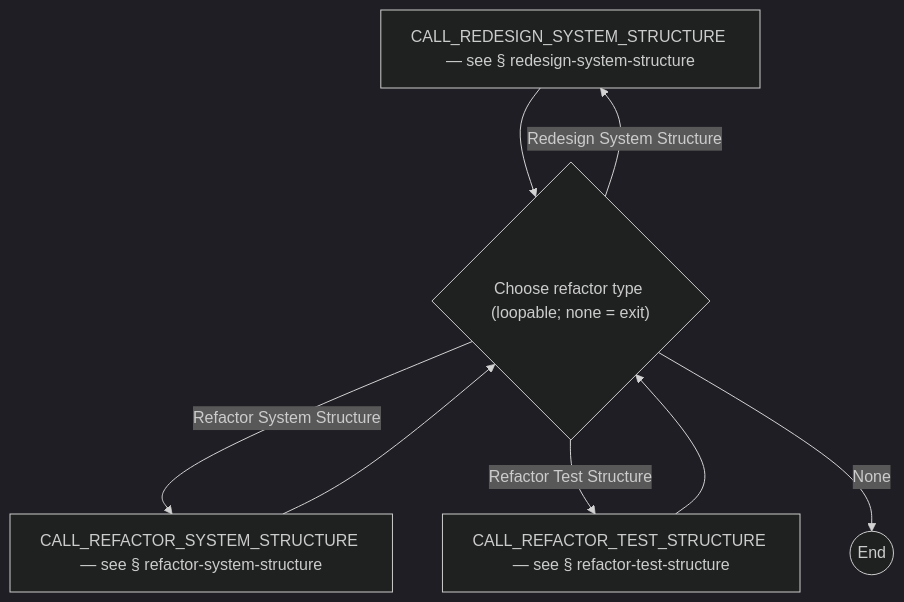
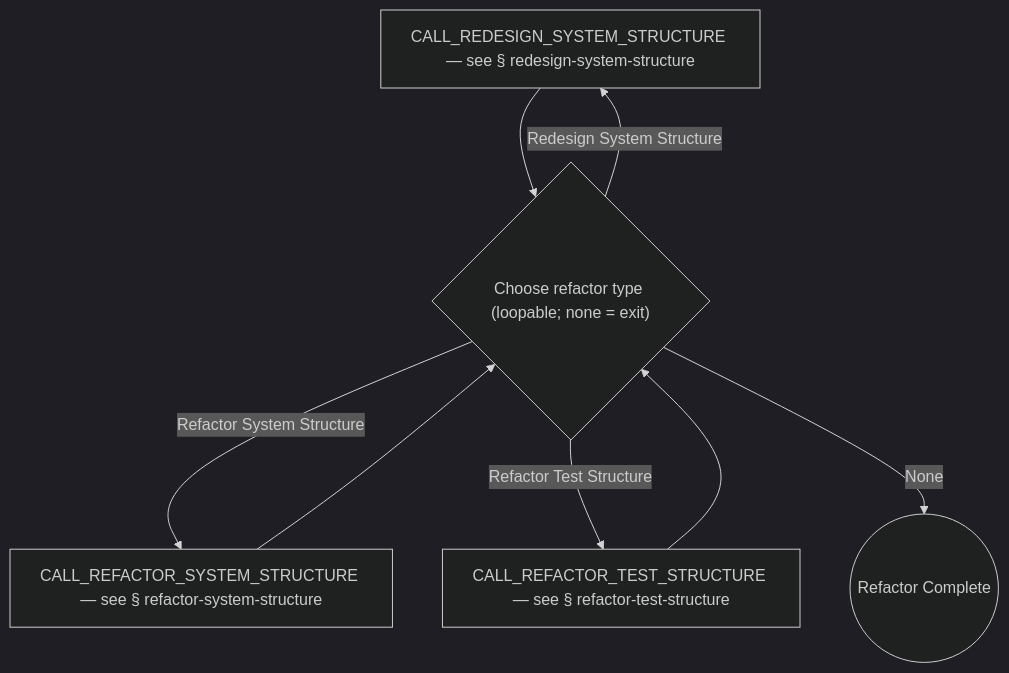
Before and after one commit to optivem/gh-optivem: the fifth of 50 diagrams in docs/process-diagram.md, drawn with Mermaid (dark theme). The commit also changed other lines of this file and 5 other files, not shown here.

````diff
--- a/docs/process-diagram.md
+++ b/docs/process-diagram.md
@@ -114,16 +137,16 @@
 ```mermaid
 flowchart TD
     CALL_REDESIGN_SYSTEM_STRUCTURE[CALL_REDESIGN_SYSTEM_STRUCTURE — see § redesign-system-structure]
     CALL_REFACTOR_SYSTEM_STRUCTURE[CALL_REFACTOR_SYSTEM_STRUCTURE — see § refactor-system-structure]
     CALL_REFACTOR_TEST_STRUCTURE[CALL_REFACTOR_TEST_STRUCTURE — see § refactor-test-structure]
     GATE_REFACTOR_TYPE_CHOICE{"Choose refactor type (loopable; none = exit)"}
-    REFACTOR_TOP_END((End))
+    REFACTOR_TOP_END((Refactor Complete))
 
     GATE_REFACTOR_TYPE_CHOICE -- Refactor System Structure --> CALL_REFACTOR_SYSTEM_STRUCTURE
     GATE_REFACTOR_TYPE_CHOICE -- Refactor Test Structure --> CALL_REFACTOR_TEST_STRUCTURE
     GATE_REFACTOR_TYPE_CHOICE -- Redesign System Structure --> CALL_REDESIGN_SYSTEM_STRUCTURE
     GATE_REFACTOR_TYPE_CHOICE -- None --> REFACTOR_TOP_END
     CALL_REFACTOR_SYSTEM_STRUCTURE --> GATE_REFACTOR_TYPE_CHOICE
     CALL_REFACTOR_TEST_STRUCTURE --> GATE_REFACTOR_TYPE_CHOICE
     CALL_REDESIGN_SYSTEM_STRUCTURE --> GATE_REFACTOR_TYPE_CHOICE
 ```
````
